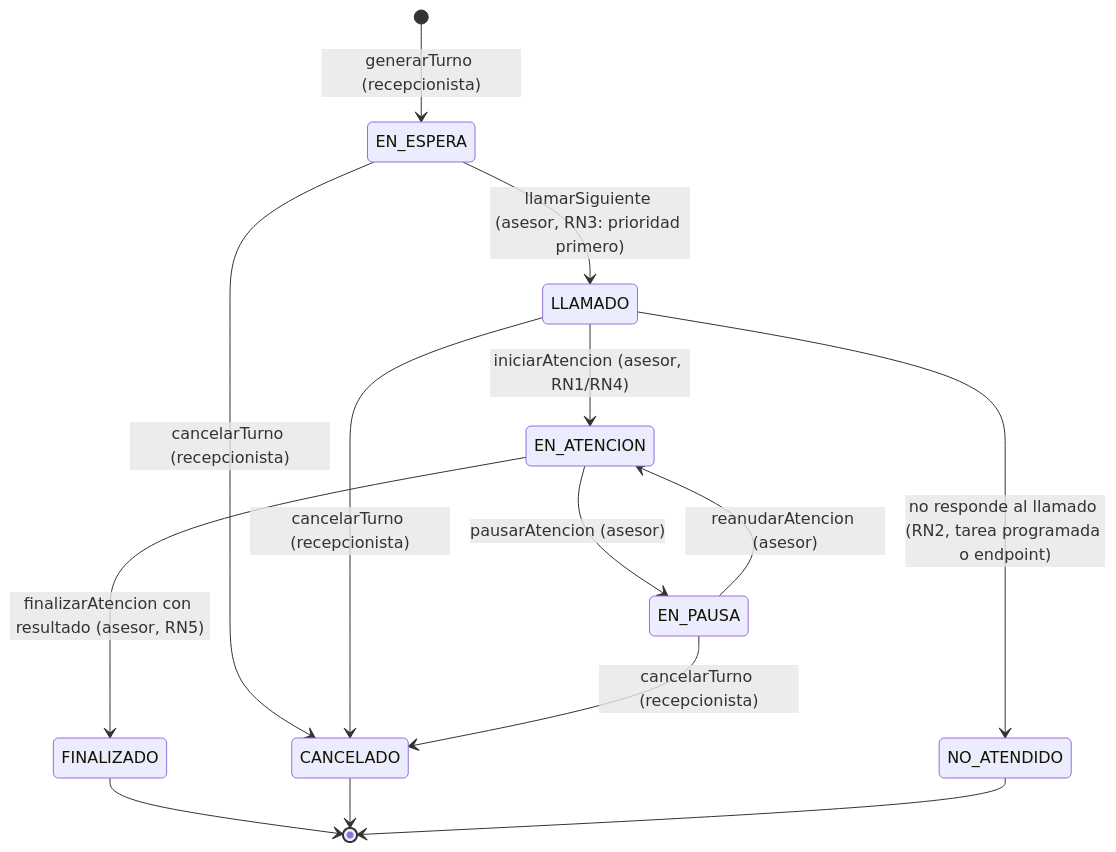
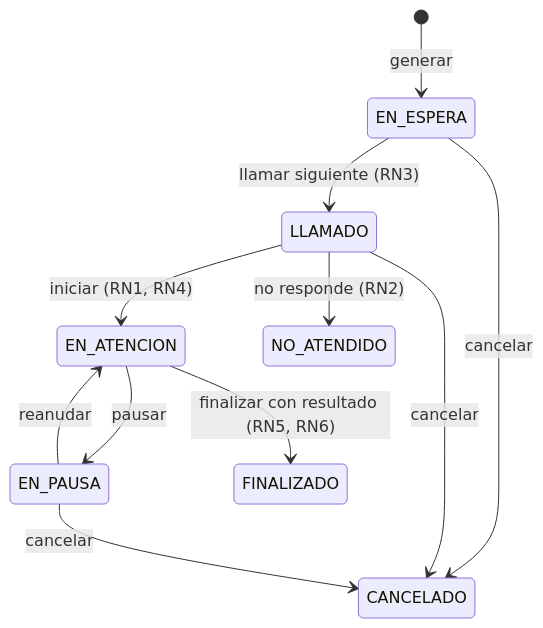
Before and after one commit to Jaime829/Agendaty: the diagram in docs/design.md, drawn with Mermaid. The commit also changed other lines of this file and 5 other files, not shown here.

````diff
--- a/docs/design.md
+++ b/docs/design.md
@@ -32,16 +13,13 @@
 ```mermaid
 stateDiagram-v2
-  [*] --> EN_ESPERA: generarTurno (recepcionista)
-  EN_ESPERA --> LLAMADO: llamarSiguiente (asesor, RN3: prioridad primero)
-  EN_ESPERA --> CANCELADO: cancelarTurno (recepcionista)
-  LLAMADO --> EN_ATENCION: iniciarAtencion (asesor, RN1/RN4)
-  LLAMADO --> NO_ATENDIDO: no responde al llamado (RN2, tarea programada o endpoint)
-  LLAMADO --> CANCELADO: cancelarTurno (recepcionista)
-  EN_ATENCION --> EN_PAUSA: pausarAtencion (asesor)
-  EN_PAUSA --> EN_ATENCION: reanudarAtencion (asesor)
-  EN_ATENCION --> FINALIZADO: finalizarAtencion con resultado (asesor, RN5)
-  EN_PAUSA --> CANCELADO: cancelarTurno (recepcionista)
-  FINALIZADO --> [*]
-  CANCELADO --> [*]
-  NO_ATENDIDO --> [*]
+  [*] --> EN_ESPERA: generar
+  EN_ESPERA --> LLAMADO: llamar siguiente (RN3)
+  EN_ESPERA --> CANCELADO: cancelar
+  LLAMADO --> EN_ATENCION: iniciar (RN1, RN4)
+  LLAMADO --> NO_ATENDIDO: no responde (RN2)
+  LLAMADO --> CANCELADO: cancelar
+  EN_ATENCION --> EN_PAUSA: pausar
+  EN_PAUSA --> EN_ATENCION: reanudar
+  EN_ATENCION --> FINALIZADO: finalizar con resultado (RN5, RN6)
+  EN_PAUSA --> CANCELADO: cancelar
 ```
````
